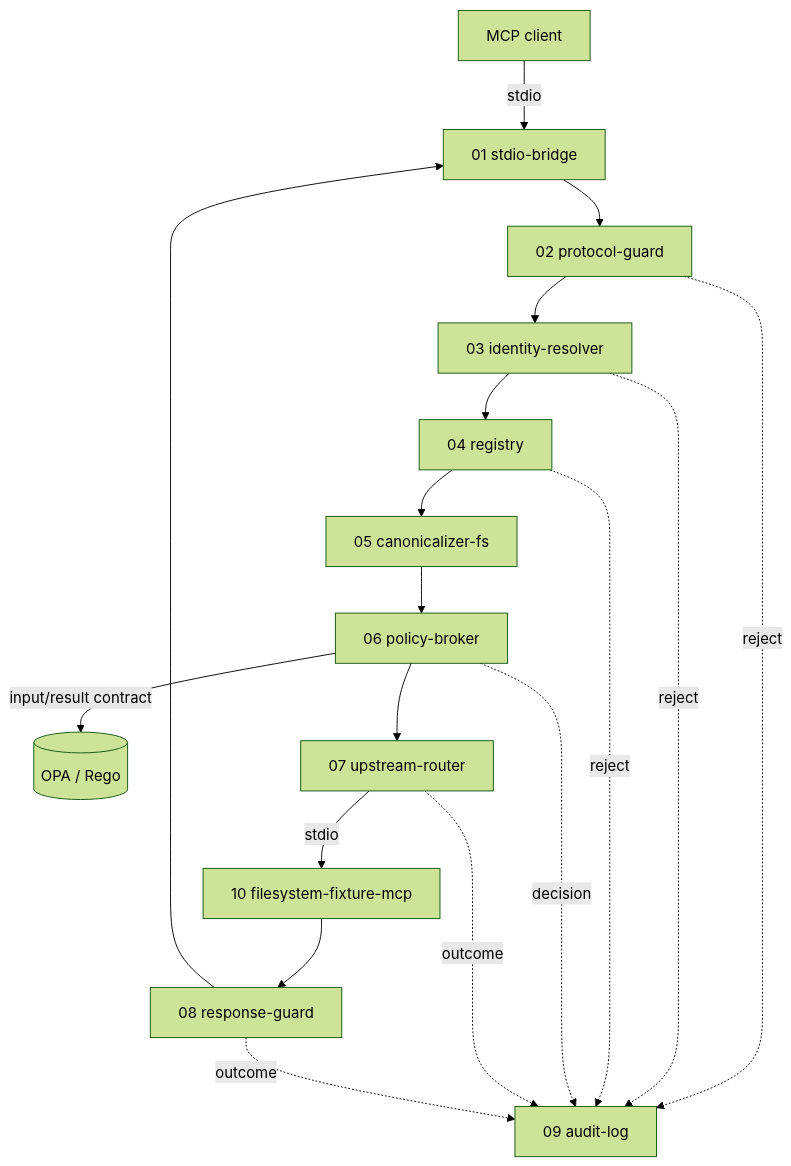
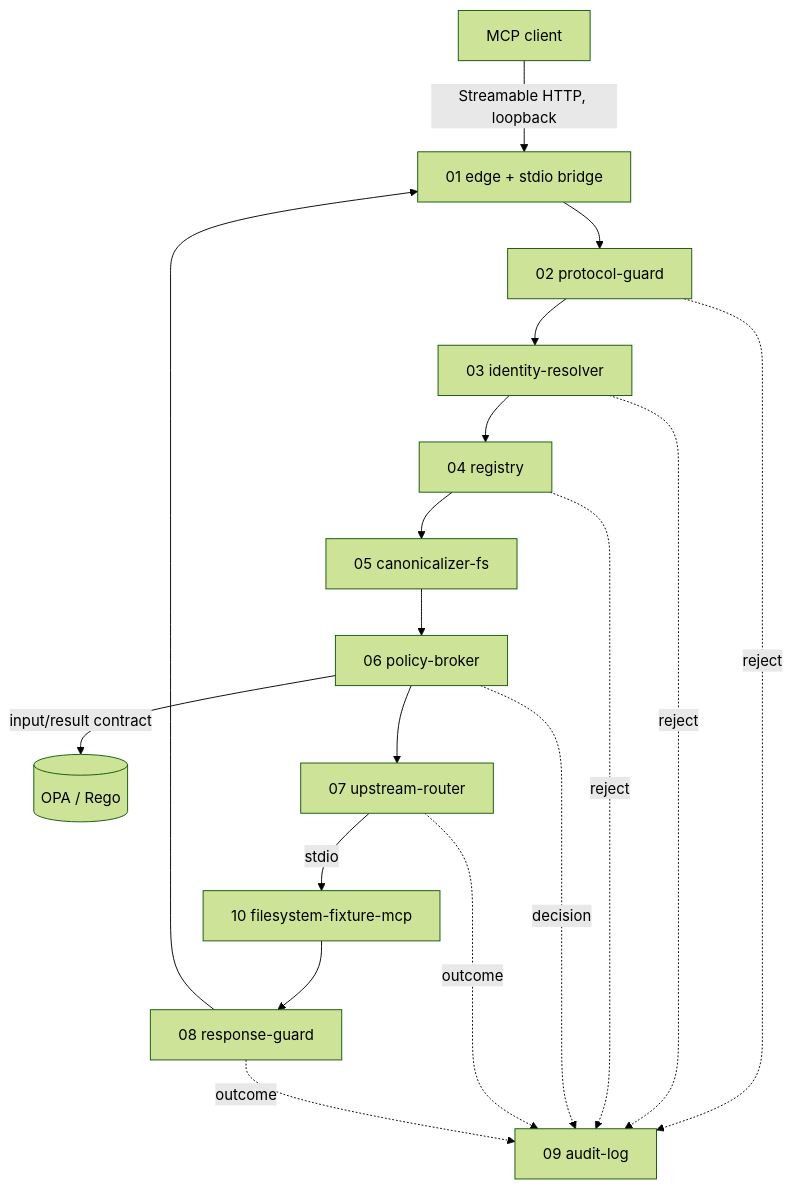
One commit to akv-iu/Zero-Trust-MCP-Gateway changed the diagram in PLAN.md. Above: the diagram before and after it, drawn with Mermaid (forest theme). The commit also changed other lines of this file and 15 other files, not shown here.

````diff
--- a/PLAN.md
+++ b/PLAN.md
@@ -101,20 +101,20 @@
 ```mermaid
 flowchart TD
-    C[MCP client] -->|stdio| S1[01 stdio-bridge]
+    C[MCP client] -->|Streamable HTTP, loopback| S1[01 edge + stdio bridge]
     S1 --> S2[02 protocol-guard]
     S2 --> S3[03 identity-resolver]
     S3 --> S4[04 registry]
     S4 --> S5[05 canonicalizer-fs]
     S5 --> S6[06 policy-broker]
     S6 -->|input/result contract| OPA[(OPA / Rego)]
     S6 --> S7[07 upstream-router]
     S7 -->|stdio| FX[10 filesystem-fixture-mcp]
     FX --> S8[08 response-guard]
     S8 --> S1
     S2 -.reject.-> S9[09 audit-log]
     S3 -.reject.-> S9
     S4 -.reject.-> S9
     S6 -.decision.-> S9
     S7 -.outcome.-> S9
     S8 -.outcome.-> S9
 ```
````
